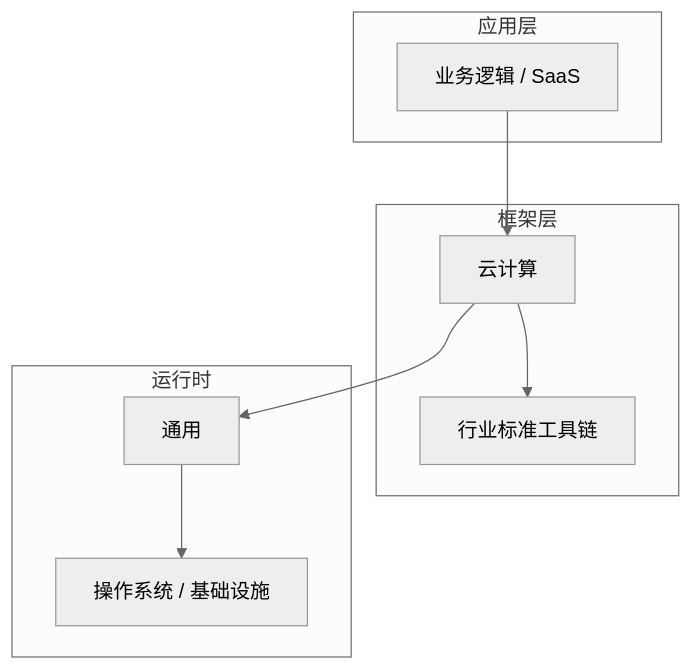
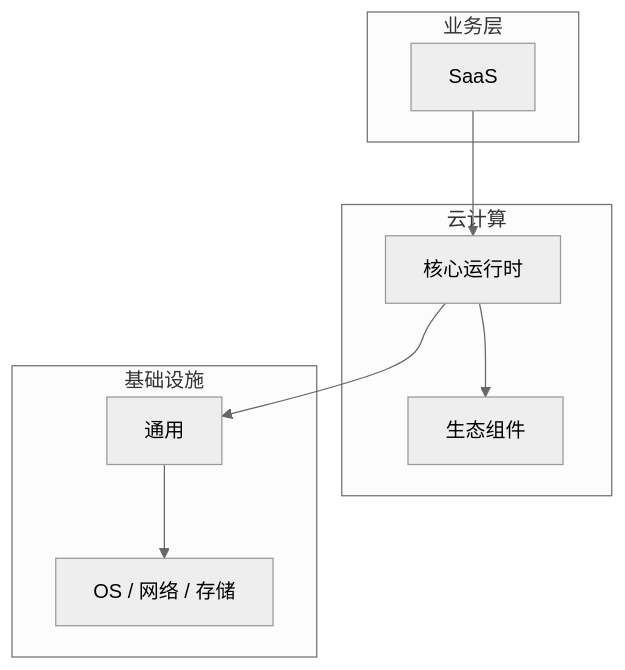
Before and after one commit to yanggan2015/knowledge-json-v2: the diagram in articles/云计算/chapters/016-SaaS核心概念与原理.md, drawn with Mermaid (neutral theme). The commit also changed other lines of this file and 10127 other files, not shown here.

````diff
--- a/articles/云计算/chapters/016-SaaS核心概念与原理.md
+++ b/articles/云计算/chapters/016-SaaS核心概念与原理.md
@@ -45,18 +34,18 @@
 ```mermaid
 graph TB
-    subgraph 应用层
-        A[业务逻辑 / SaaS]
+    subgraph 业务层
+        A[SaaS]
     end
-    subgraph 框架层
-        B[云计算]
-        C[行业标准工具链]
+    subgraph 云计算
+        B[核心运行时]
+        C[生态组件]
     end
-    subgraph 运行时
+    subgraph 基础设施
         D[通用]
-        E[操作系统 / 基础设施]
+        E[OS / 网络 / 存储]
     end
     A --> B
     B --> C
     B --> D
     D --> E
 ```
````
